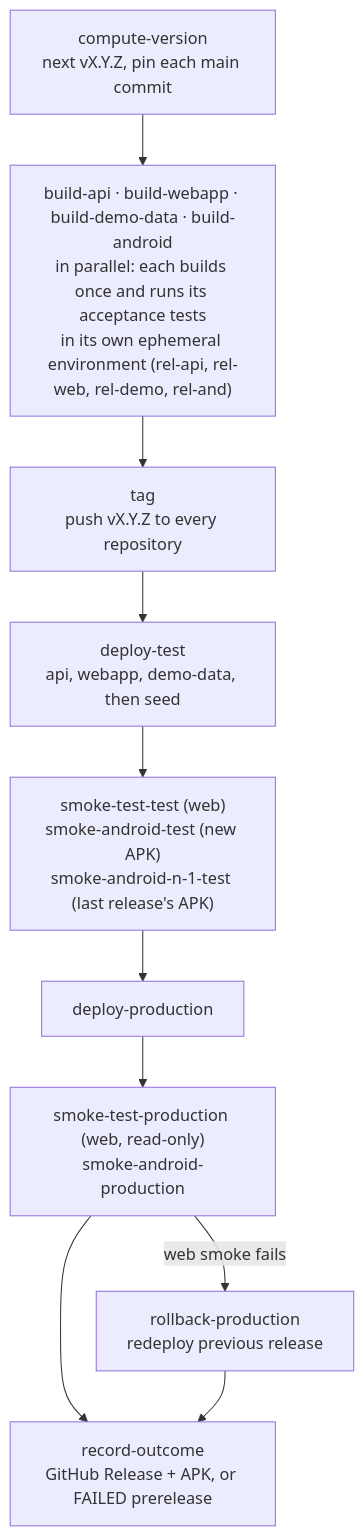
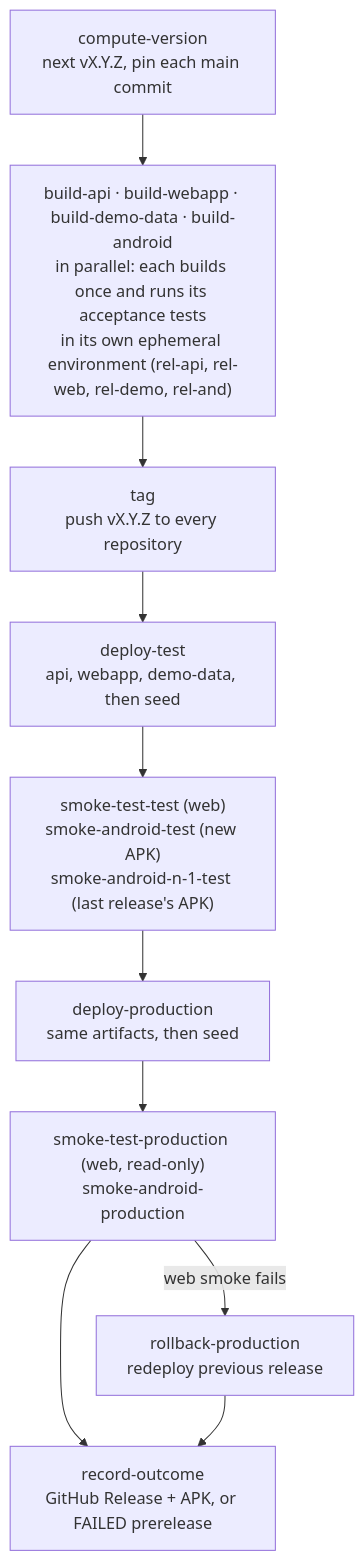
The third of 3 diagrams in docs/overview/delivery.md (geoffweatherall/mootmaker), drawn with Mermaid before and after one commit. The commit also changed other lines of this file and 3 other files, not shown here.

````diff
--- a/docs/overview/delivery.md
+++ b/docs/overview/delivery.md
@@ -91,15 +91,15 @@
 ```mermaid
 flowchart TB
   cv["compute-version<br/>next vX.Y.Z, pin each main commit"]
   build["build-api · build-webapp · build-demo-data · build-android<br/>in parallel: each builds once and runs its acceptance tests<br/>in its own ephemeral environment (rel-api, rel-web, rel-demo, rel-and)"]
   tag["tag<br/>push vX.Y.Z to every repository"]
   dt["deploy-test<br/>api, webapp, demo-data, then seed"]
   st["smoke-test-test (web)<br/>smoke-android-test (new APK)<br/>smoke-android-n-1-test (last release's APK)"]
-  dp["deploy-production"]
+  dp["deploy-production<br/>same artifacts, then seed"]
   sp["smoke-test-production (web, read-only)<br/>smoke-android-production"]
   rb["rollback-production<br/>redeploy previous release"]
   rec["record-outcome<br/>GitHub Release + APK, or FAILED prerelease"]
 
   cv --> build --> tag --> dt --> st --> dp --> sp --> rec
   sp -- "web smoke fails" --> rb --> rec
 ```
````
